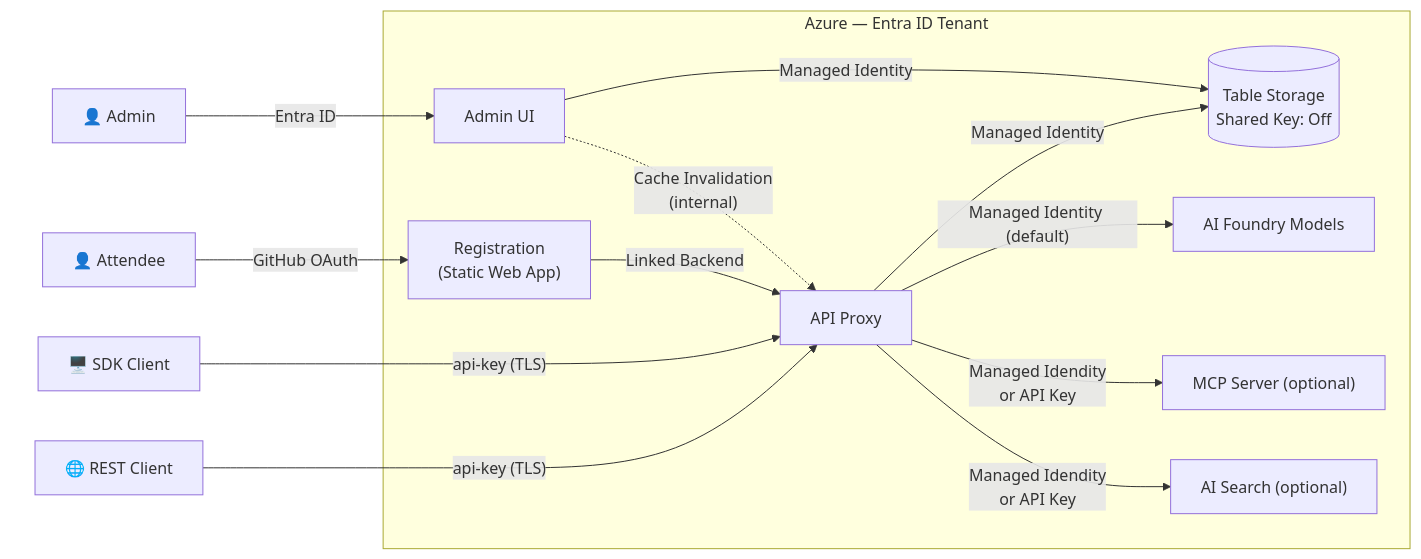
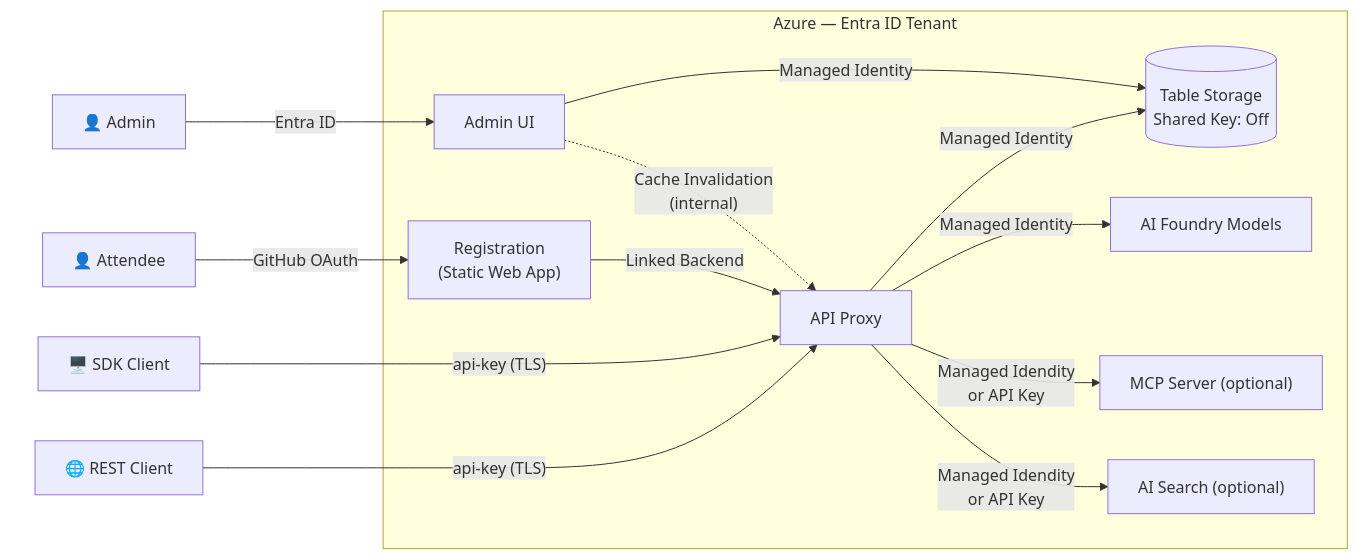
Before and after one commit to gloveboxes/azure-ai-proxy-lite: the first of 5 diagrams in docs/docs/security_architecture.md, drawn with Mermaid.

````diff
--- a/docs/docs/security_architecture.md
+++ b/docs/docs/security_architecture.md
@@ -7,34 +7,34 @@
 ```mermaid
 graph LR
     subgraph Users[" "]
         admin_user["👤 Admin"]
         attendee["👤 Attendee"]
         sdk["🖥️ SDK Client"]
         rest["🌐 REST Client"]
     end
 
     admin_user -->|"Entra ID"| admin
     sdk -->|"api-key (TLS)"| proxy
     rest -->|"api-key (TLS)"| proxy
     attendee -->|"GitHub OAuth"| reg
 
     subgraph Azure["Azure — Entra ID Tenant"]
         admin["Admin UI"]
         proxy["API Proxy"]
         reg["Registration<br/>(Static Web App)"]
         storage[("Table Storage<br/>Shared Key: Off")]
         ai["AI Foundry Models"]
         mcp["MCP Server (optional)"]
         ais["AI Search (optional)"]
     end
 
     reg -->|"Linked Backend"| proxy
     proxy -->|"Managed Identity"| storage
-    proxy -->|"Managed Identity (default)"| ai
+    proxy -->|"Managed Identity"| ai
     proxy -->|"Managed Idendity<br>or API Key"| mcp
     proxy -->|"Managed Idendity<br>or API Key"| ais
     admin -->|"Managed Identity"| storage
     admin -.->|"Cache Invalidation<br/>(internal)"| proxy
 
     style Users fill:none,stroke:none
 ```
````
